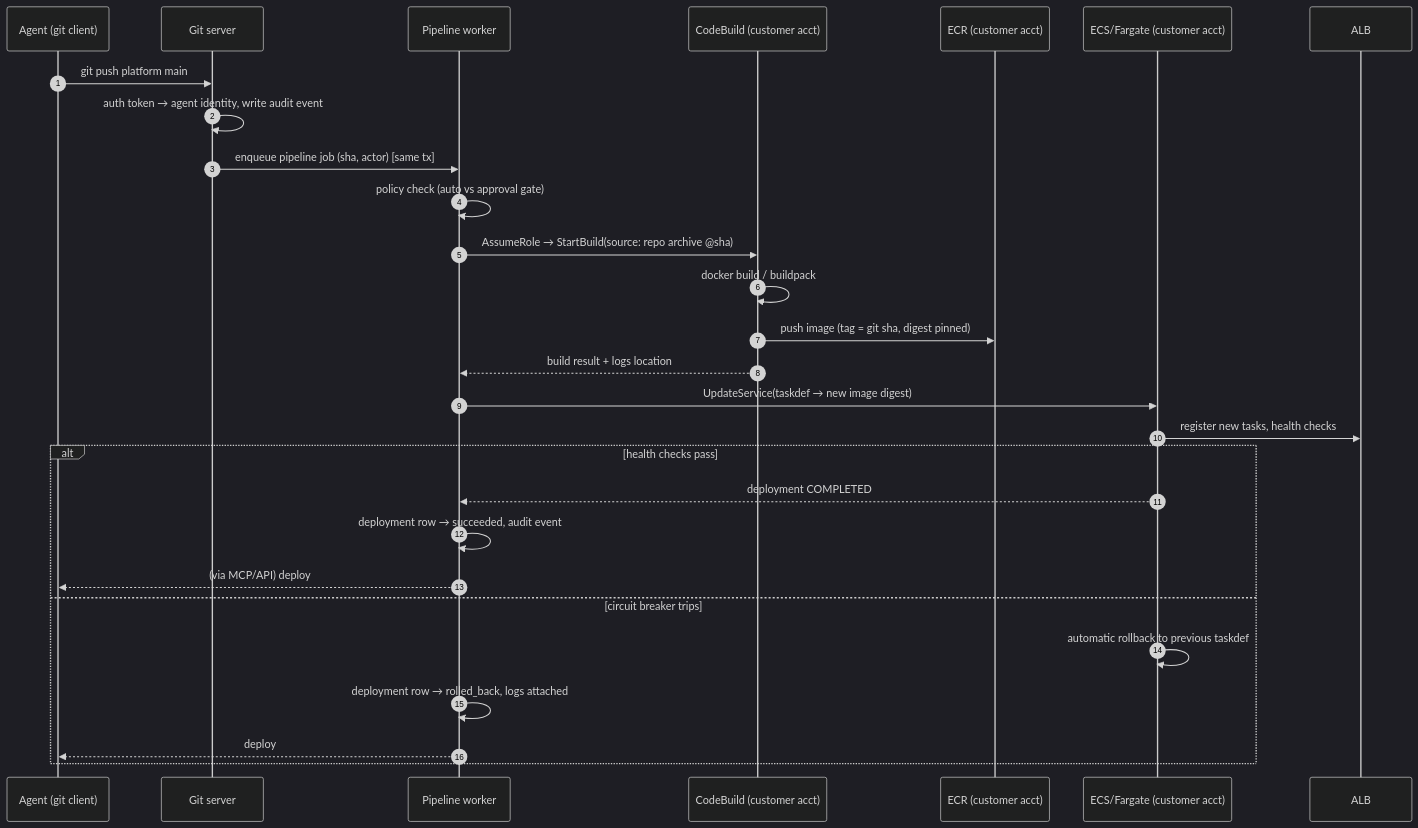
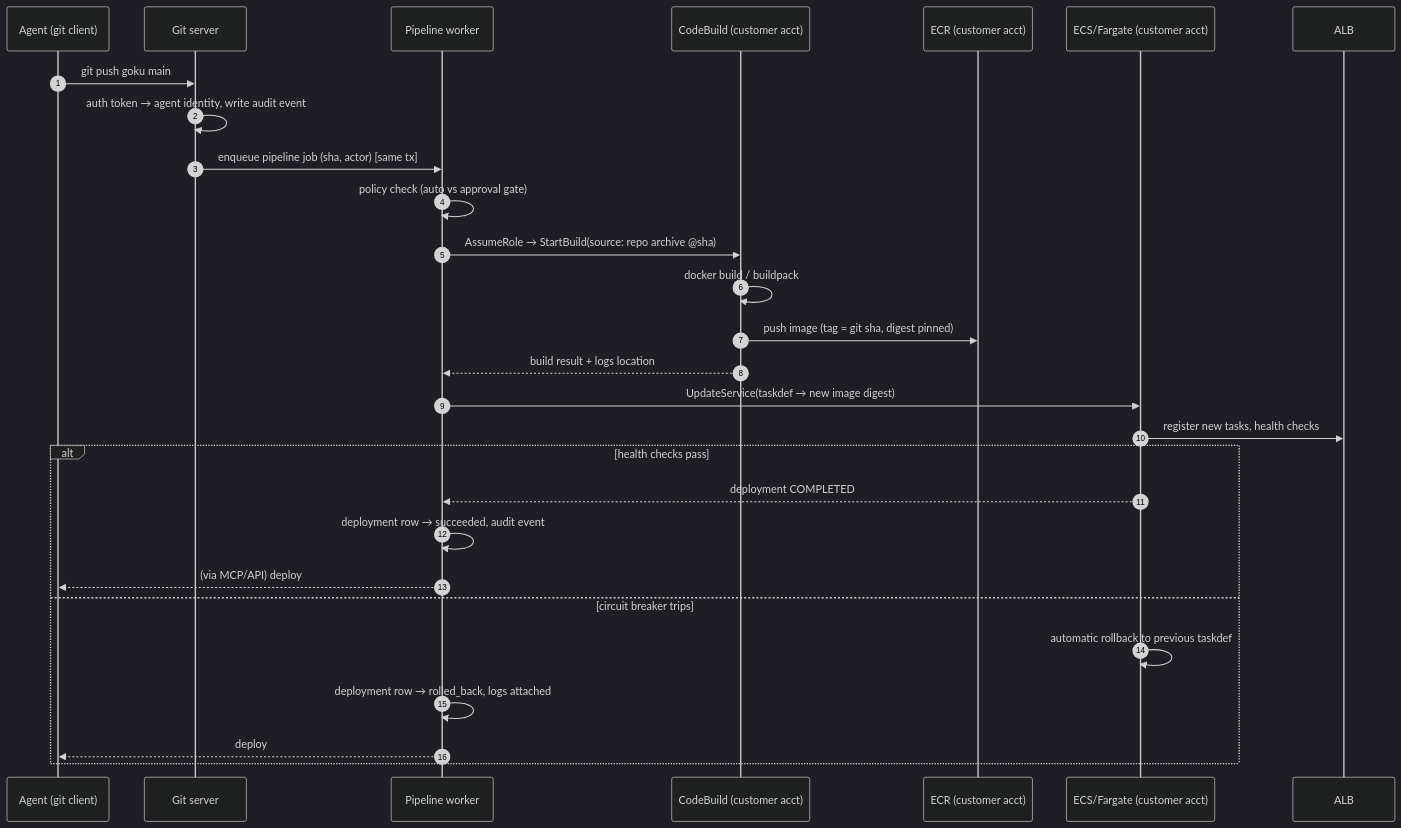
The diagram in docs/design/04-git-and-cicd.md (benjaminsanborn/goku), drawn with Mermaid (dark theme) before and after one commit. The commit also changed other lines of this file and 23 other files, not shown here.

````diff
--- a/docs/design/04-git-and-cicd.md
+++ b/docs/design/04-git-and-cicd.md
@@ -26,31 +26,31 @@
 ```mermaid
 sequenceDiagram
     autonumber
     participant A as Agent (git client)
     participant G as Git server
     participant W as Pipeline worker
     participant CB as CodeBuild (customer acct)
     participant ECR as ECR (customer acct)
     participant ECS as ECS/Fargate (customer acct)
     participant ALB as ALB
 
-    A->>G: git push platform main
+    A->>G: git push goku main
     G->>G: auth token → agent identity, write audit event
     G->>W: enqueue pipeline job (sha, actor) [same tx]
     W->>W: policy check (auto vs approval gate)
     W->>CB: AssumeRole → StartBuild(source: repo archive @sha)
     CB->>CB: docker build / buildpack
     CB->>ECR: push image (tag = git sha, digest pinned)
     CB-->>W: build result + logs location
     W->>ECS: UpdateService(taskdef → new image digest)
     ECS->>ALB: register new tasks, health checks
     alt health checks pass
         ECS-->>W: deployment COMPLETED
         W->>W: deployment row → succeeded, audit event
         W-->>A: (via MCP/API) deploy #42 live
     else circuit breaker trips
         ECS->>ECS: automatic rollback to previous taskdef
         W->>W: deployment row → rolled_back, logs attached
         W-->>A: deploy #42 failed: health check output
     end
 ```
````
